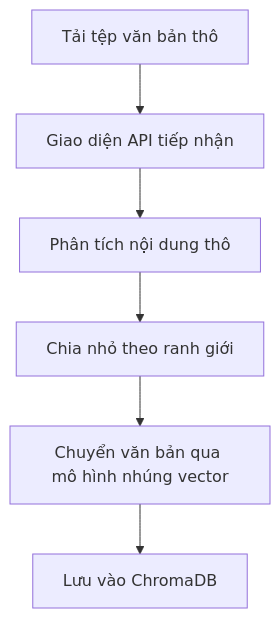
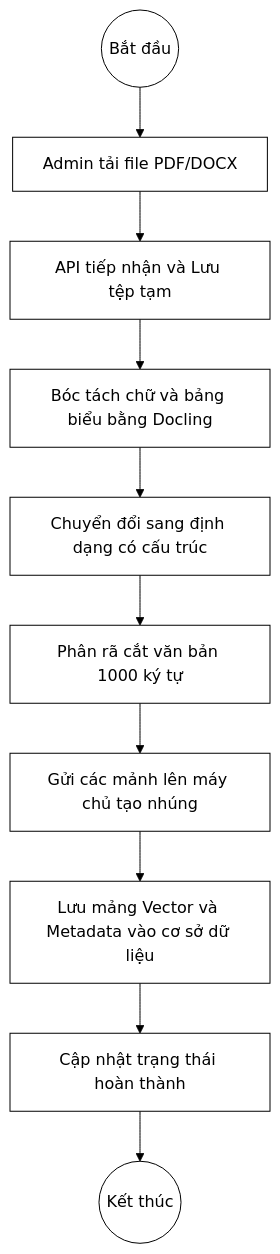
One commit to tranhongs0n/DATN changed the fifth of 5 diagrams in thesis/Document_Planing/Content/2_Chuong2.md. Above: the diagram before and after it, drawn with Mermaid. The commit also changed other lines of this file and 60 other files, not shown here.

````diff
--- a/thesis/Document_Planing/Content/2_Chuong2.md
+++ b/thesis/Document_Planing/Content/2_Chuong2.md
@@ -146,8 +187,13 @@
 ```mermaid
+%%{init: {'theme': 'base', 'themeVariables': { 'primaryColor': '#ffffff', 'primaryBorderColor': '#000000', 'primaryTextColor': '#000000', 'lineColor': '#000000', 'background': '#ffffff'}}}%%
 graph TD
-    A[Tải tệp văn bản thô] --> B[Giao diện API tiếp nhận]
-    B --> C[Phân tích nội dung thô]
-    C --> D[Chia nhỏ theo ranh giới]
-    D --> E[Chuyển văn bản qua mô hình nhúng vector]
-    E --> F[Lưu vào ChromaDB]
+    S((Bắt đầu)) --> A[Admin tải file PDF/DOCX]
+    A --> B[API tiếp nhận và Lưu tệp tạm]
+    B --> C[Bóc tách chữ và bảng biểu bằng Docling]
+    C --> D[Chuyển đổi sang định dạng có cấu trúc]
+    D --> E[Phân rã cắt văn bản 1000 ký tự]
+    E --> F[Gửi các mảnh lên máy chủ tạo nhúng]
+    F --> G[Lưu mảng Vector và Metadata vào cơ sở dữ liệu]
+    G --> H[Cập nhật trạng thái hoàn thành]
+    H --> E2((Kết thúc))
 ```
````
